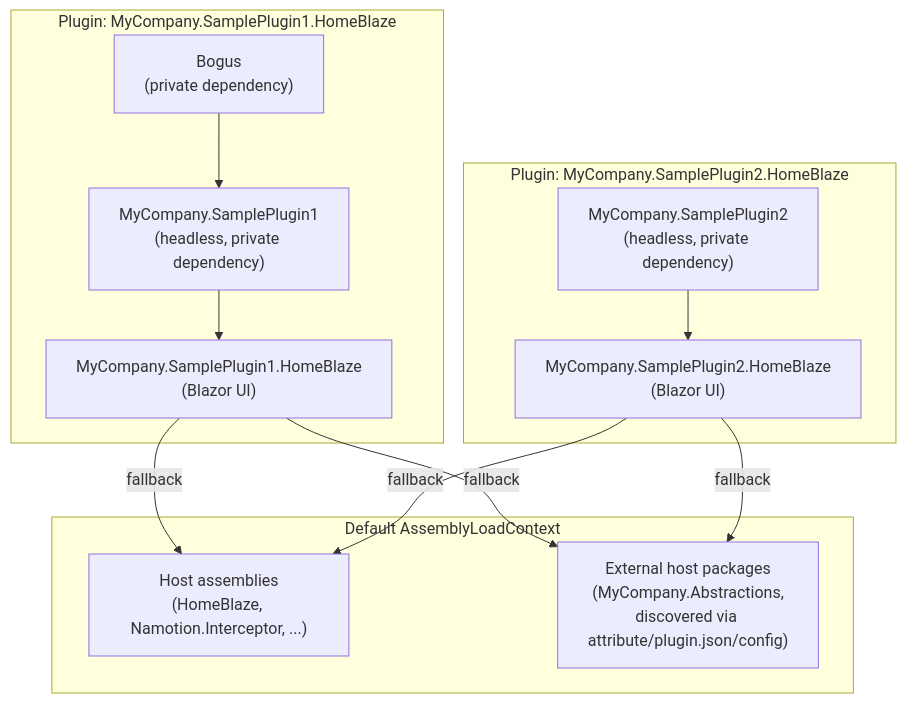
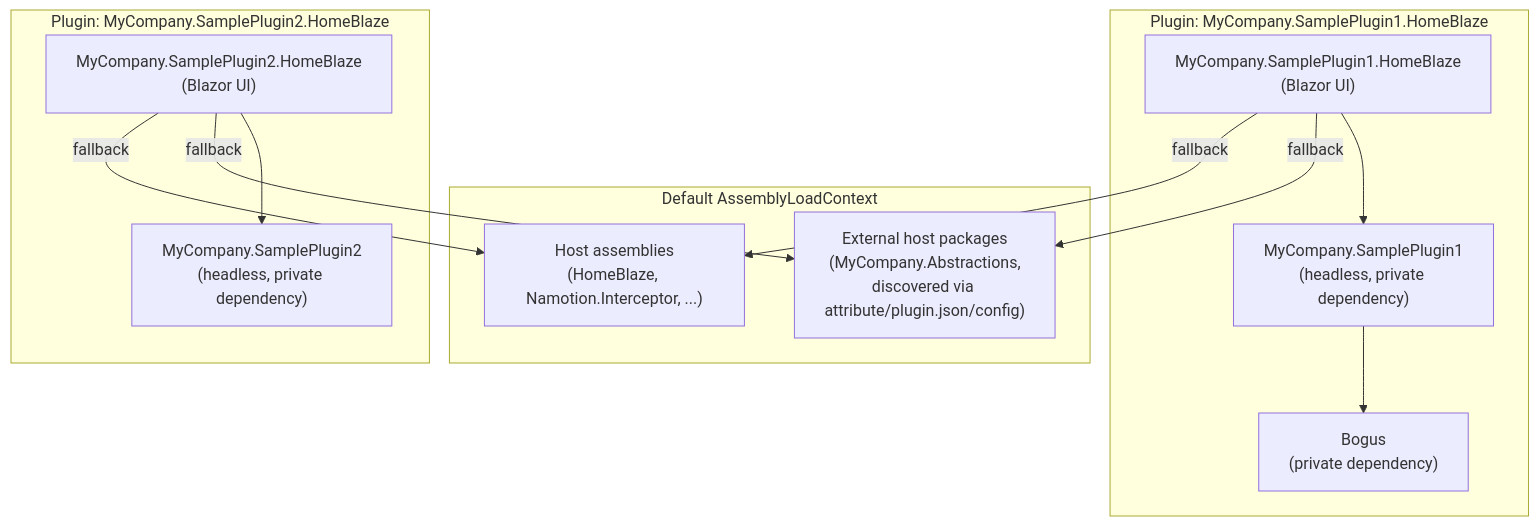
Before and after one commit to RicoSuter/Namotion.Interceptor: the first of 2 diagrams in src/HomeBlaze/HomeBlaze/Data/Docs/architecture/design/plugins.md, drawn with Mermaid. The commit also changed 36 other files, not shown here.

````diff
--- a/src/HomeBlaze/HomeBlaze/Data/Docs/architecture/design/plugins.md
+++ b/src/HomeBlaze/HomeBlaze/Data/Docs/architecture/design/plugins.md
@@ -89,26 +89,26 @@
 ```mermaid
 graph TD
     subgraph "Default AssemblyLoadContext"
         HOST["Host assemblies<br/>(HomeBlaze, Namotion.Interceptor, ...)"]
         ABS["External host packages<br/>(MyCompany.Abstractions,<br/>discovered via attribute/plugin.json/config)"]
     end
 
     subgraph "Plugin: MyCompany.SamplePlugin1.HomeBlaze"
         SAMPLEUI["MyCompany.SamplePlugin1.HomeBlaze<br/>(Blazor UI)"]
         SAMPLE["MyCompany.SamplePlugin1<br/>(headless, private dependency)"]
         BOGUS["Bogus<br/>(private dependency)"]
     end
 
     subgraph "Plugin: MyCompany.SamplePlugin2.HomeBlaze"
         SAMPLE2UI["MyCompany.SamplePlugin2.HomeBlaze<br/>(Blazor UI)"]
         SAMPLE2["MyCompany.SamplePlugin2<br/>(headless, private dependency)"]
     end
 
     SAMPLEUI -->|"fallback"| HOST
     SAMPLEUI -->|"fallback"| ABS
-    SAMPLE --> SAMPLEUI
-    BOGUS --> SAMPLE
+    SAMPLEUI --> SAMPLE
+    SAMPLE --> BOGUS
     SAMPLE2UI -->|"fallback"| HOST
     SAMPLE2UI -->|"fallback"| ABS
-    SAMPLE2 --> SAMPLE2UI
+    SAMPLE2UI --> SAMPLE2
 ```
````
